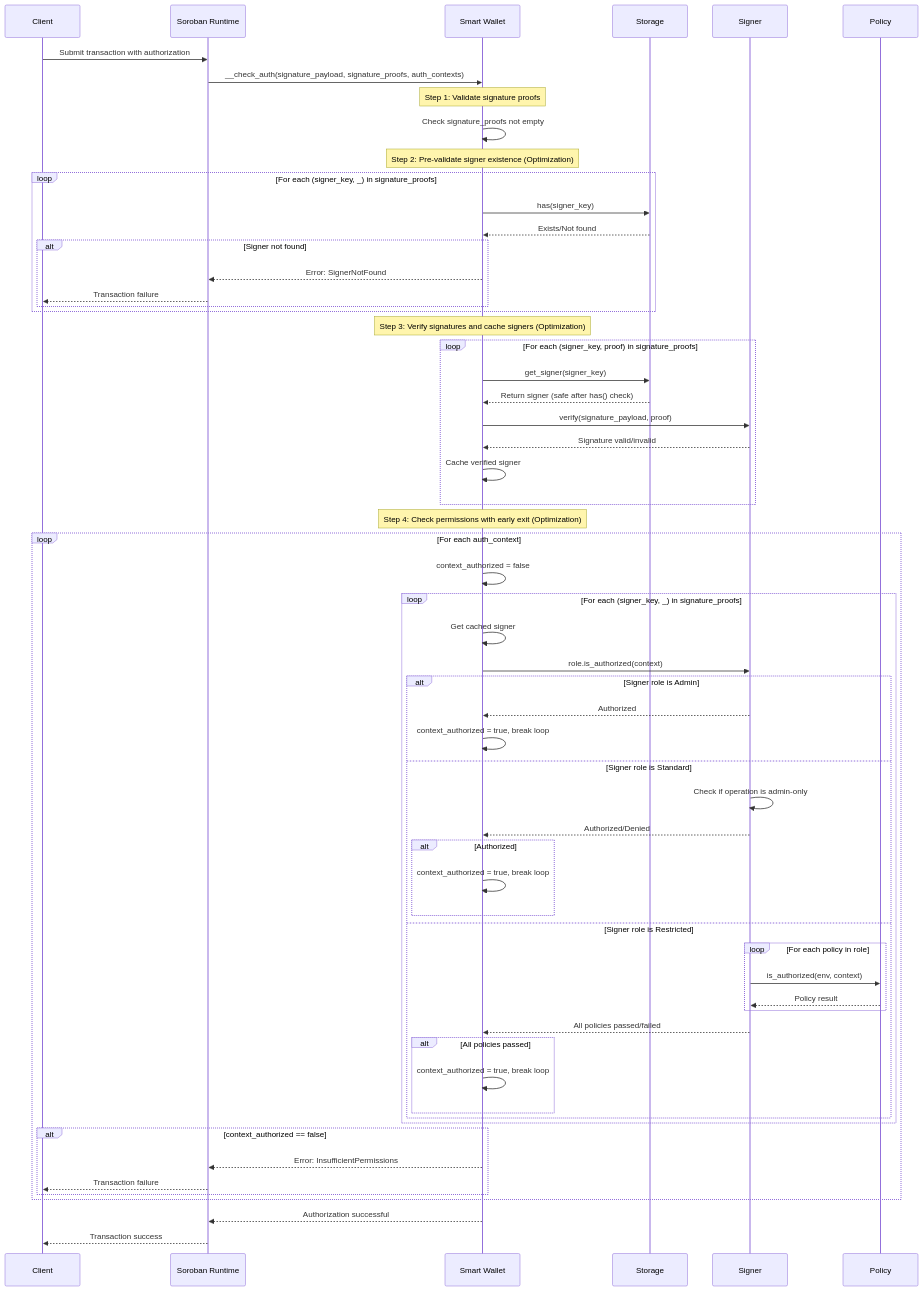
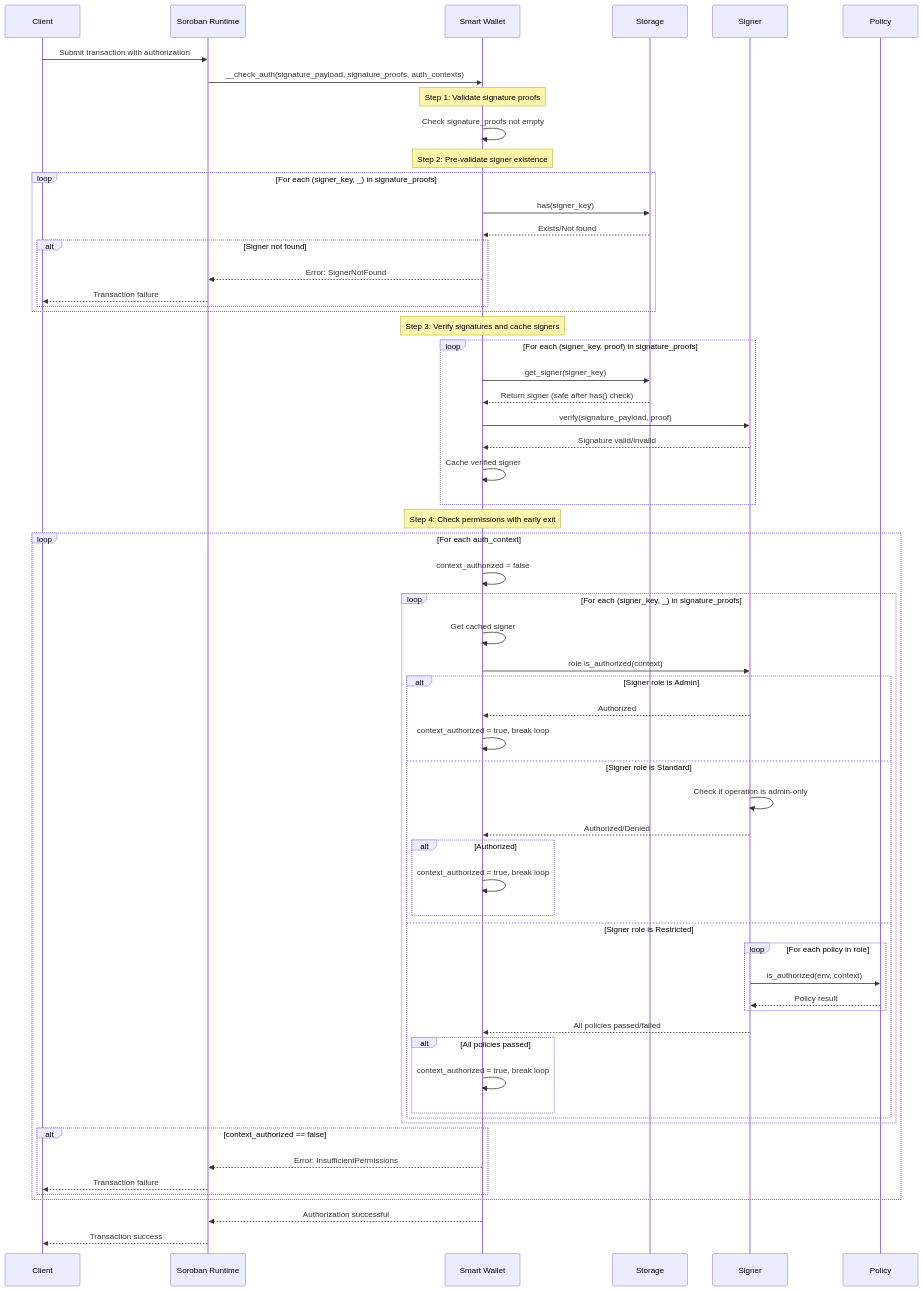
Before and after one commit to Crossmint/stellar-smart-account: the fourth of 5 diagrams in contracts/smart-wallet/README.md, drawn with Mermaid.

Commit message:
docs: remove (Optimization) annotations from sequence diagram
- Remove (Optimization) text from step descriptions as requested
- Keep the optimized flow documentation without the annotation labels

````diff
--- a/contracts/smart-wallet/README.md
+++ b/contracts/smart-wallet/README.md
@@ -260,70 +260,70 @@
 ```mermaid
 sequenceDiagram
     participant Client
     participant SorobanRuntime as Soroban Runtime
     participant SmartWallet as Smart Wallet
     participant Storage
     participant Signer
     participant Policy
     
     Client->>SorobanRuntime: Submit transaction with authorization
     SorobanRuntime->>SmartWallet: __check_auth(signature_payload, signature_proofs, auth_contexts)
     
     Note over SmartWallet: Step 1: Validate signature proofs
     SmartWallet->>SmartWallet: Check signature_proofs not empty
     
-    Note over SmartWallet: Step 2: Pre-validate signer existence (Optimization)
+    Note over SmartWallet: Step 2: Pre-validate signer existence
     loop For each (signer_key, _) in signature_proofs
         SmartWallet->>Storage: has(signer_key)
         Storage-->>SmartWallet: Exists/Not found
         alt Signer not found
             SmartWallet-->>SorobanRuntime: Error: SignerNotFound
             SorobanRuntime-->>Client: Transaction failure
         end
     end
     
-    Note over SmartWallet: Step 3: Verify signatures and cache signers (Optimization)
+    Note over SmartWallet: Step 3: Verify signatures and cache signers
     loop For each (signer_key, proof) in signature_proofs
         SmartWallet->>Storage: get_signer(signer_key)
         Storage-->>SmartWallet: Return signer (safe after has() check)
         SmartWallet->>Signer: verify(signature_payload, proof)
         Signer-->>SmartWallet: Signature valid/invalid
         SmartWallet->>SmartWallet: Cache verified signer
     end
     
-    Note over SmartWallet: Step 4: Check permissions with early exit (Optimization)
+    Note over SmartWallet: Step 4: Check permissions with early exit
     loop For each auth_context
         SmartWallet->>SmartWallet: context_authorized = false
         loop For each (signer_key, _) in signature_proofs
             SmartWallet->>SmartWallet: Get cached signer
             SmartWallet->>Signer: role.is_authorized(context)
             
             alt Signer role is Admin
                 Signer-->>SmartWallet: Authorized
                 SmartWallet->>SmartWallet: context_authorized = true, break loop
             else Signer role is Standard
                 Signer->>Signer: Check if operation is admin-only
                 Signer-->>SmartWallet: Authorized/Denied
                 alt Authorized
                     SmartWallet->>SmartWallet: context_authorized = true, break loop
                 end
             else Signer role is Restricted
                 loop For each policy in role
                     Signer->>Policy: is_authorized(env, context)
                     Policy-->>Signer: Policy result
                 end
                 Signer-->>SmartWallet: All policies passed/failed
                 alt All policies passed
                     SmartWallet->>SmartWallet: context_authorized = true, break loop
                 end
             end
         end
         alt context_authorized == false
             SmartWallet-->>SorobanRuntime: Error: InsufficientPermissions
             SorobanRuntime-->>Client: Transaction failure
         end
     end
     
     SmartWallet-->>SorobanRuntime: Authorization successful
     SorobanRuntime-->>Client: Transaction success
 ```
````
